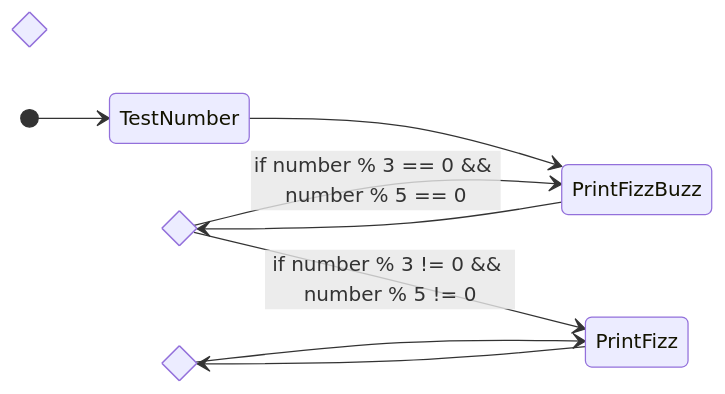
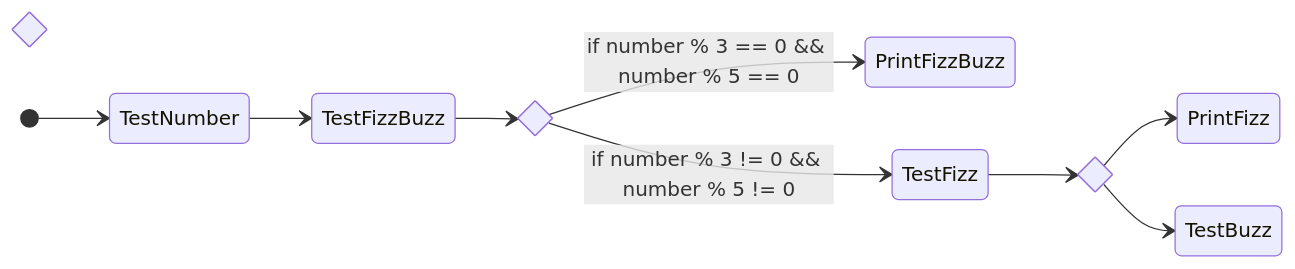
Before and after one commit to carteras/IT-CBR: the eighth of 8 diagrams in cookbook/SDLC/Boxes and Arrows/boxes_and_arrows_fun.md, drawn with Mermaid.

````diff
--- a/cookbook/SDLC/Boxes and Arrows/boxes_and_arrows_fun.md
+++ b/cookbook/SDLC/Boxes and Arrows/boxes_and_arrows_fun.md
@@ -117,14 +117,15 @@
 ```mermaid
   stateDiagram
     direction LR
     state fizz_state <<choice>>
     state buzz_state <<choice>>
     state fizzbuzz_state <<choice>>
     [*] --> TestNumber
-    TestNumber --> PrintFizzBuzz
-    PrintFizzBuzz --> fizzbuzz_state
+    TestNumber --> TestFizzBuzz
+    TestFizzBuzz --> fizzbuzz_state
     fizzbuzz_state --> PrintFizzBuzz: if number % 3 == 0 && number % 5 == 0
-    fizzbuzz_state --> PrintFizz: if number % 3 != 0 && number % 5 != 0
-    PrintFizz --> fizz_state
-    fizz_state --> PrintFizz: 
+    fizzbuzz_state --> TestFizz: if number % 3 != 0 && number % 5 != 0
+    TestFizz --> fizz_state
+    fizz_state --> PrintFizz 
+    fizz_state --> TestBuzz
 ```
````
